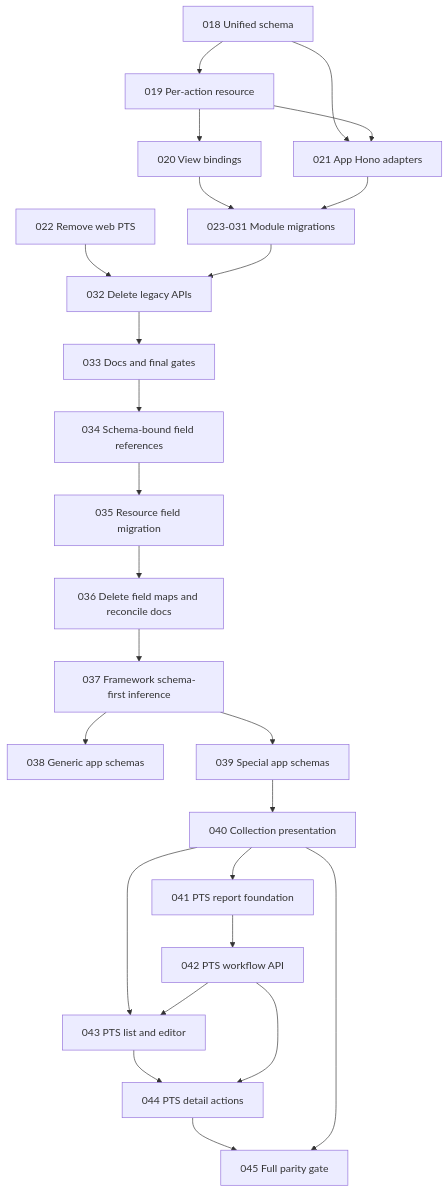
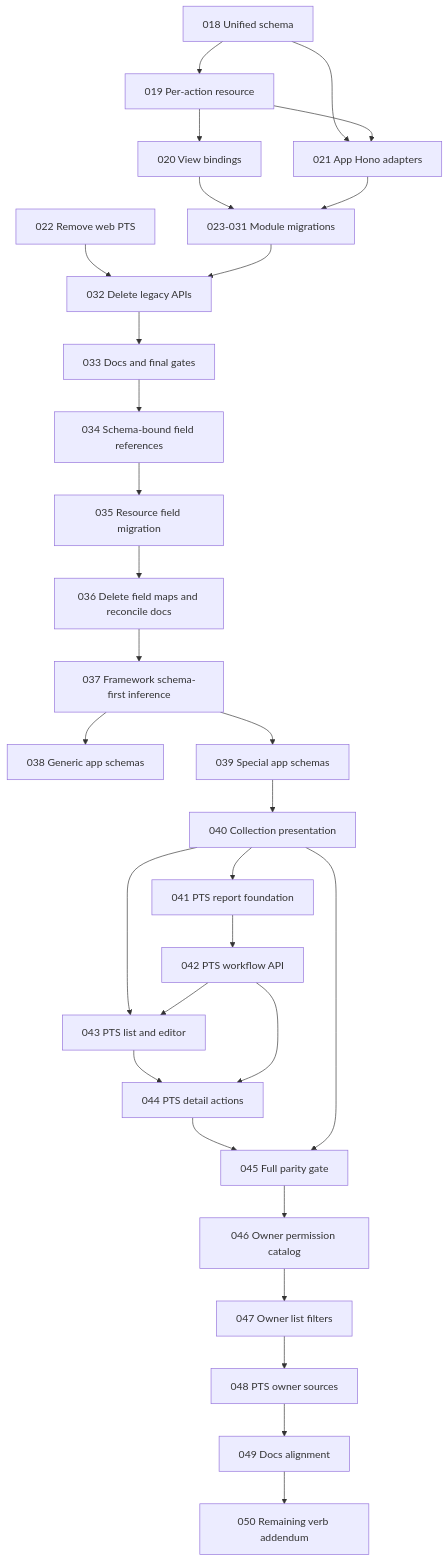
The diagram in plans/README.md (southneuhof/carta), drawn with Mermaid before and after one commit. The commit also changed other lines of this file and 18 other files, not shown here.

````diff
--- a/plans/README.md
+++ b/plans/README.md
@@ -46,27 +52,32 @@
 ```mermaid
 flowchart TD
   S["018 Unified schema"] --> R["019 Per-action resource"]
   R --> V["020 View bindings"]
   S --> H["021 App Hono adapters"]
   R --> H
   V --> M["023-031 Module migrations"]
   H --> M
   P["022 Remove web PTS"] --> C["032 Delete legacy APIs"]
   M --> C
   C --> D["033 Docs and final gates"]
   D --> F["034 Schema-bound field references"]
   F --> FM["035 Resource field migration"]
   FM --> FD["036 Delete field maps and reconcile docs"]
   FD --> Z["037 Framework schema-first inference"]
   Z --> ZG["038 Generic app schemas"]
   Z --> ZS["039 Special app schemas"]
   ZS --> C40["040 Collection presentation"]
   C40 --> P41["041 PTS report foundation"]
   P41 --> P42["042 PTS workflow API"]
   C40 --> P43["043 PTS list and editor"]
   P42 --> P43
   P43 --> P44["044 PTS detail actions"]
   P42 --> P44
   P44 --> P45["045 Full parity gate"]
   C40 --> P45
+  P45 --> P46["046 Owner permission catalog"]
+  P46 --> P47["047 Owner list filters"]
+  P47 --> P48["048 PTS owner sources"]
+  P48 --> P49["049 Docs alignment"]
+  P49 --> P50["050 Remaining verb addendum"]
 ```
````
